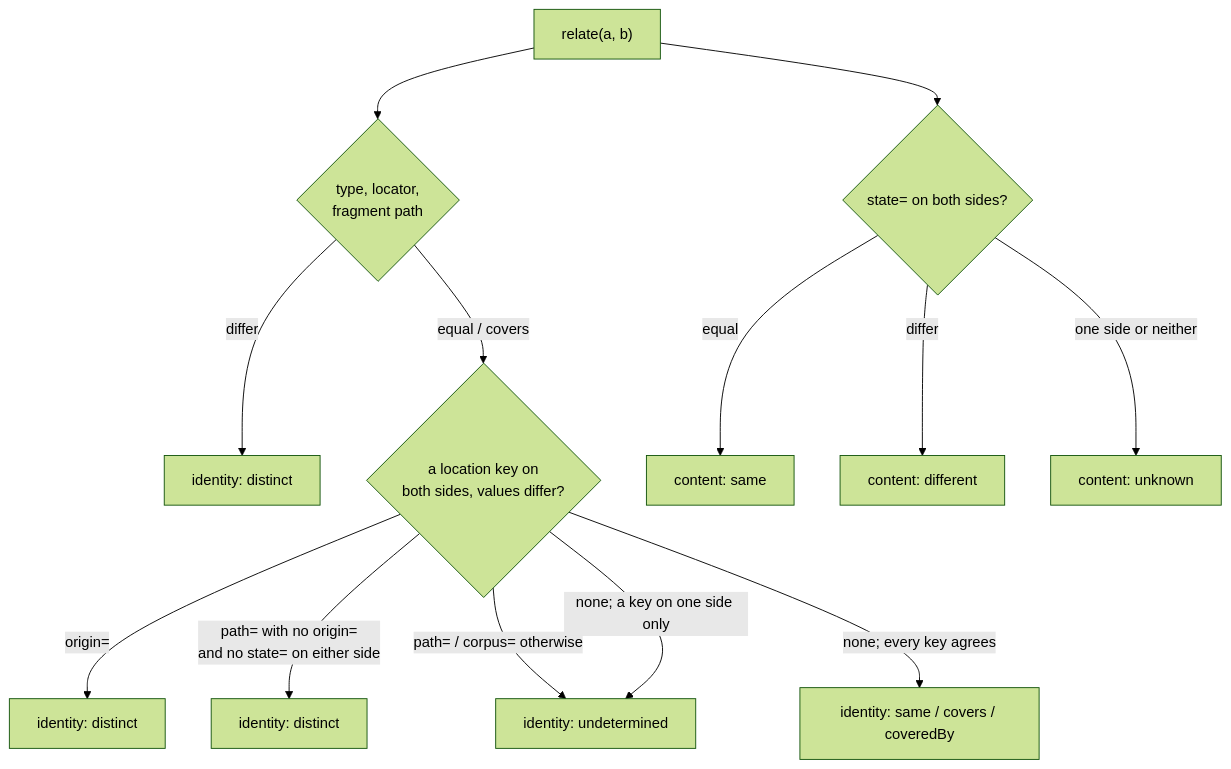
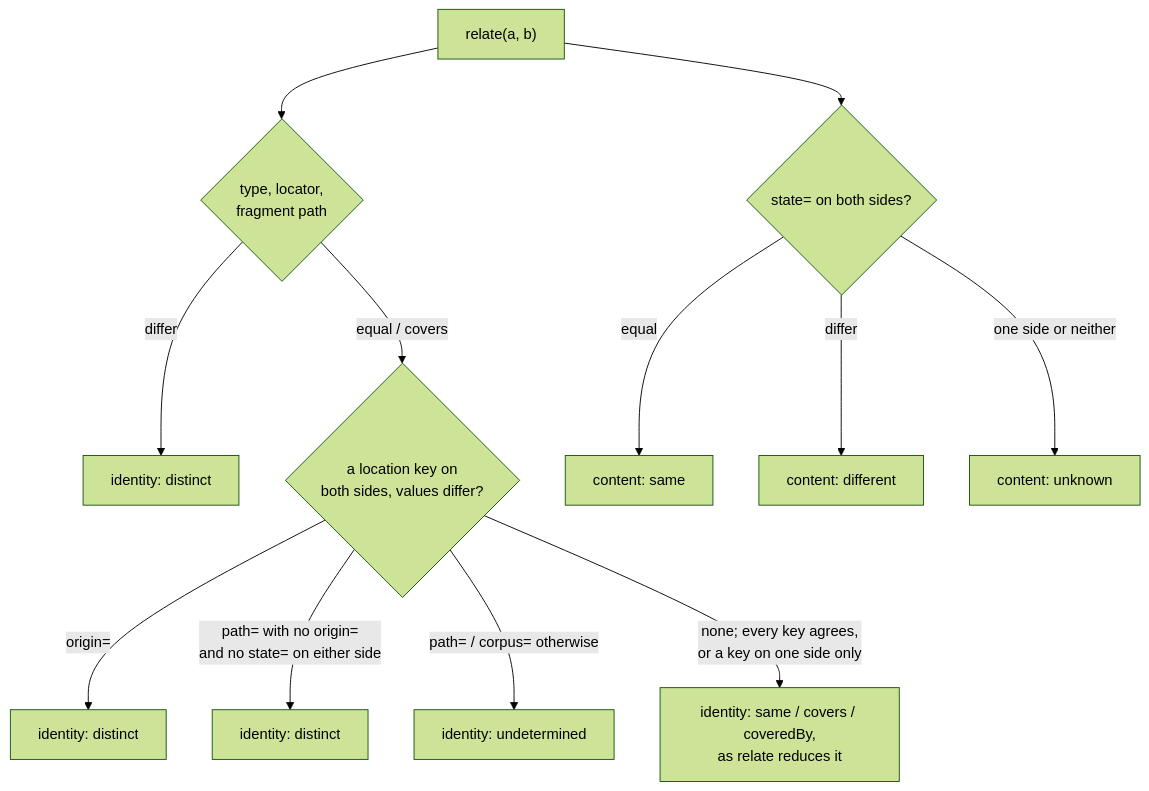
The diagram in project/adr/0006-location-enters-the-identifier-as-a-hint-never-as-identity.md (entelekheia-ai/ref-id), drawn with Mermaid (forest theme) before and after one commit. The commit also changed 9 other files, not shown here.

````diff
--- a/project/adr/0006-location-enters-the-identifier-as-a-hint-never-as-identity.md
+++ b/project/adr/0006-location-enters-the-identifier-as-a-hint-never-as-identity.md
@@ -98,15 +98,14 @@
 ```mermaid
 flowchart TD
     R["relate(a, b)"] --> I{"type, locator,<br/>fragment path"}
     I -- differ --> D1["identity: distinct"]
     I -- "equal / covers" --> L{"a location key on<br/>both sides, values differ?"}
     L -- "origin=" --> D2["identity: distinct"]
     L -- "path= with no origin=<br/>and no state= on either side" --> D3["identity: distinct"]
     L -- "path= / corpus= otherwise" --> U["identity: undetermined"]
-    L -- "none; a key on one side only" --> U
-    L -- "none; every key agrees" --> S["identity: same / covers / coveredBy"]
+    L -- "none; every key agrees,<br/>or a key on one side only" --> S["identity: same / covers / coveredBy,<br/>as relate reduces it"]
     R --> C{"state= on both sides?"}
     C -- equal --> CS["content: same"]
     C -- differ --> CD["content: different"]
     C -- "one side or neither" --> CU["content: unknown"]
 ```
````
